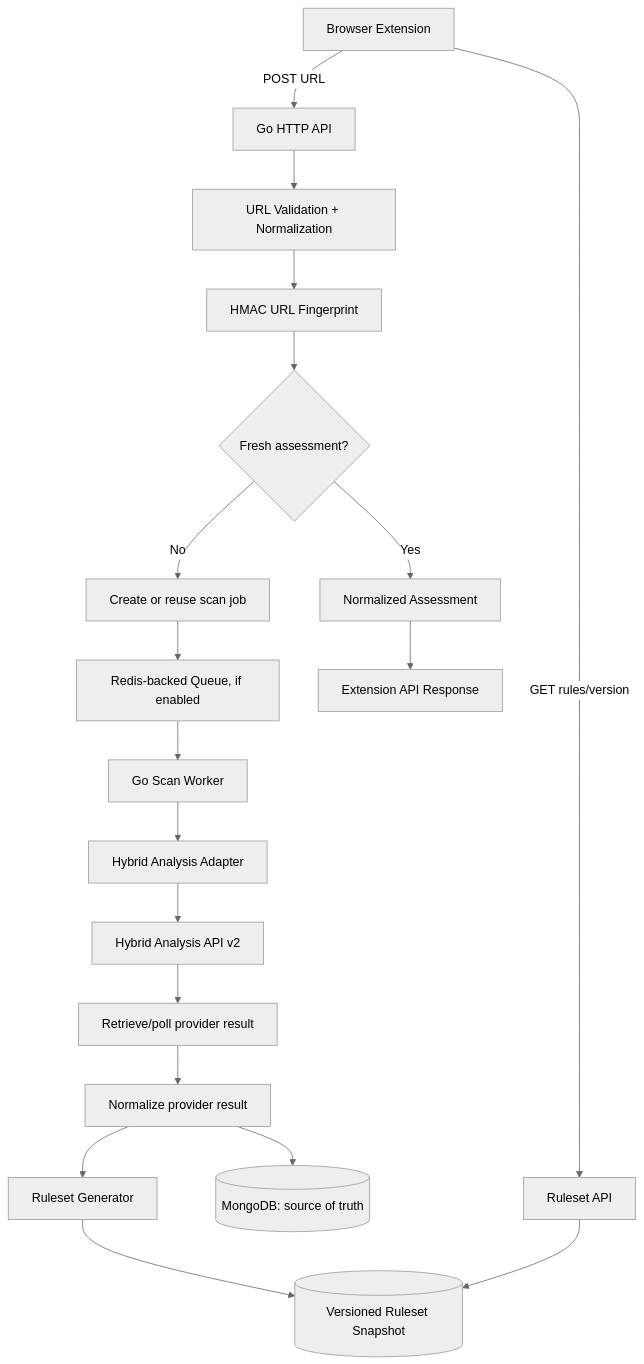
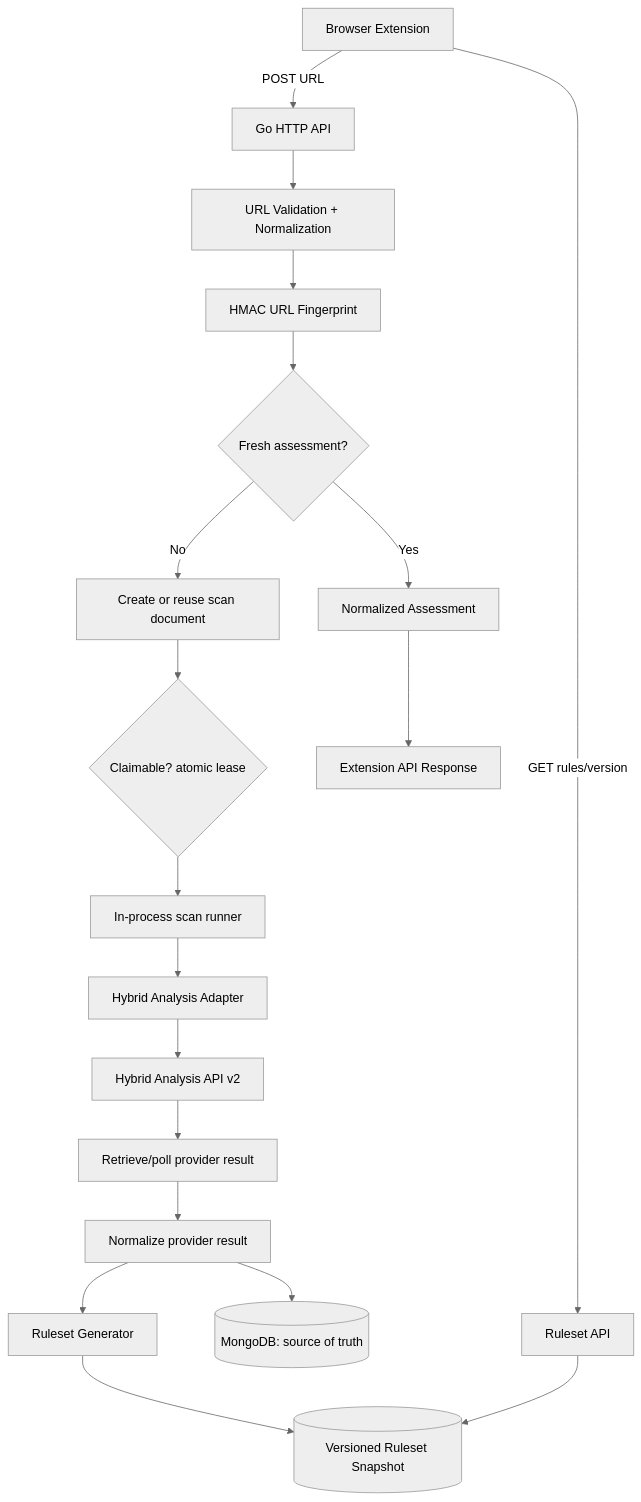
One commit to Ahmad-byte-design/cyber-guard changed the diagram in docs/architecture/CYBERGUARD_PROJECT.md. Above: the diagram before and after it, drawn with Mermaid (neutral theme). The commit also changed other lines of this file and 78 other files, not shown here.

````diff
--- a/docs/architecture/CYBERGUARD_PROJECT.md
+++ b/docs/architecture/CYBERGUARD_PROJECT.md
@@ -60,21 +60,21 @@
 ```mermaid
 flowchart TD
     EXT[Browser Extension] -->|POST URL| API[Go HTTP API]
     EXT -->|GET rules/version| RULES[Ruleset API]
     API --> VALIDATE[URL Validation + Normalization]
     VALIDATE --> FP[HMAC URL Fingerprint]
     FP --> CACHE{Fresh assessment?}
     CACHE -->|Yes| RESULT[Normalized Assessment]
-    CACHE -->|No| JOB[Create or reuse scan job]
-    JOB --> QUEUE[Redis-backed Queue, if enabled]
-    QUEUE --> WORKER[Go Scan Worker]
-    WORKER --> HA[Hybrid Analysis Adapter]
+    CACHE -->|No| JOB[Create or reuse scan document]
+    JOB --> CLAIM{Claimable? atomic lease}
+    CLAIM --> SCANRUNNER[In-process scan runner]
+    SCANRUNNER --> HA[Hybrid Analysis Adapter]
     HA --> PROVIDER[Hybrid Analysis API v2]
     PROVIDER --> POLL[Retrieve/poll provider result]
     POLL --> NORMALIZE[Normalize provider result]
     NORMALIZE --> MONGO[(MongoDB: source of truth)]
     NORMALIZE --> RULEGEN[Ruleset Generator]
     RULEGEN --> RULESTORE[(Versioned Ruleset Snapshot)]
     RESULT --> RESPONSE[Extension API Response]
     RULES --> RULESTORE
 ```
````
